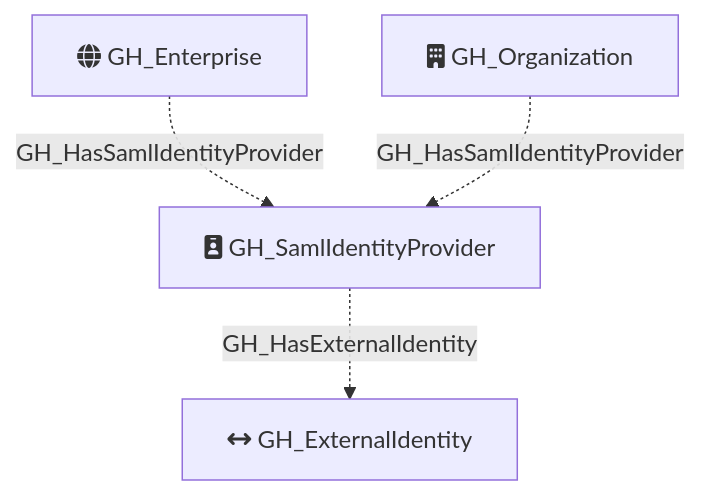
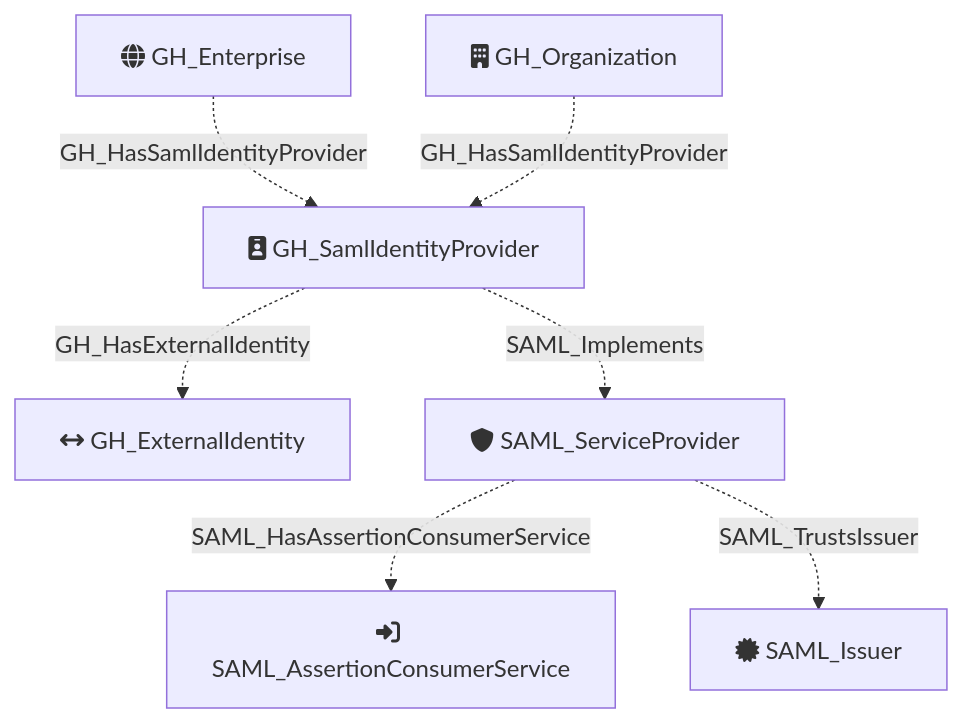
The diagram in Documentation/NodeDescriptions/GH_SamlIdentityProvider.md (SpecterOps/GitHound), drawn with Mermaid before and after one commit. The commit also changed other lines of this file and 4 other files, not shown here.

First line of the commit message:
feat: add normalized GitHub SAML service provider modeling

````diff
--- a/Documentation/NodeDescriptions/GH_SamlIdentityProvider.md
+++ b/Documentation/NodeDescriptions/GH_SamlIdentityProvider.md
@@ -25,12 +29,18 @@
 ```mermaid
 flowchart TD
     GH_Enterprise[fa:fa-globe GH_Enterprise]
     GH_Organization[fa:fa-building GH_Organization]
     GH_SamlIdentityProvider[fa:fa-id-badge GH_SamlIdentityProvider]
     GH_ExternalIdentity[fa:fa-arrows-left-right GH_ExternalIdentity]
+    SAML_ServiceProvider[fa:fa-shield SAML_ServiceProvider]
+    SAML_AssertionConsumerService[fa:fa-right-to-bracket SAML_AssertionConsumerService]
+    SAML_Issuer[fa:fa-certificate SAML_Issuer]
 
 
     GH_Enterprise -.->|GH_HasSamlIdentityProvider| GH_SamlIdentityProvider
     GH_Organization -.->|GH_HasSamlIdentityProvider| GH_SamlIdentityProvider
     GH_SamlIdentityProvider -.->|GH_HasExternalIdentity| GH_ExternalIdentity
+    GH_SamlIdentityProvider -.->|SAML_Implements| SAML_ServiceProvider
+    SAML_ServiceProvider -.->|SAML_HasAssertionConsumerService| SAML_AssertionConsumerService
+    SAML_ServiceProvider -.->|SAML_TrustsIssuer| SAML_Issuer
 ```
````
